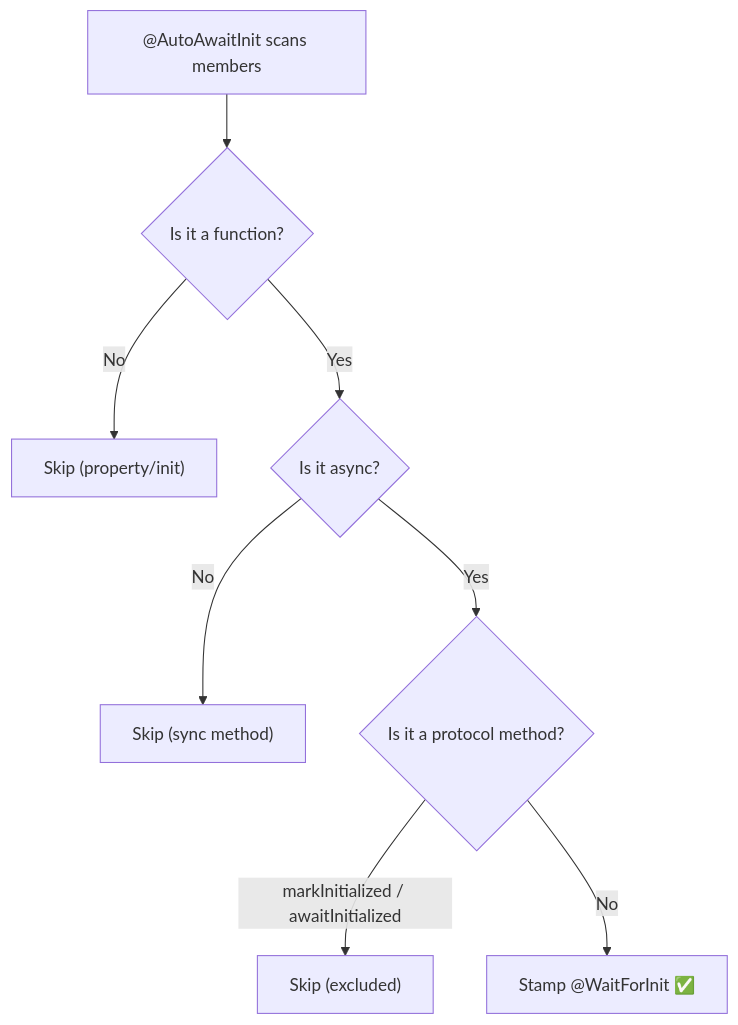
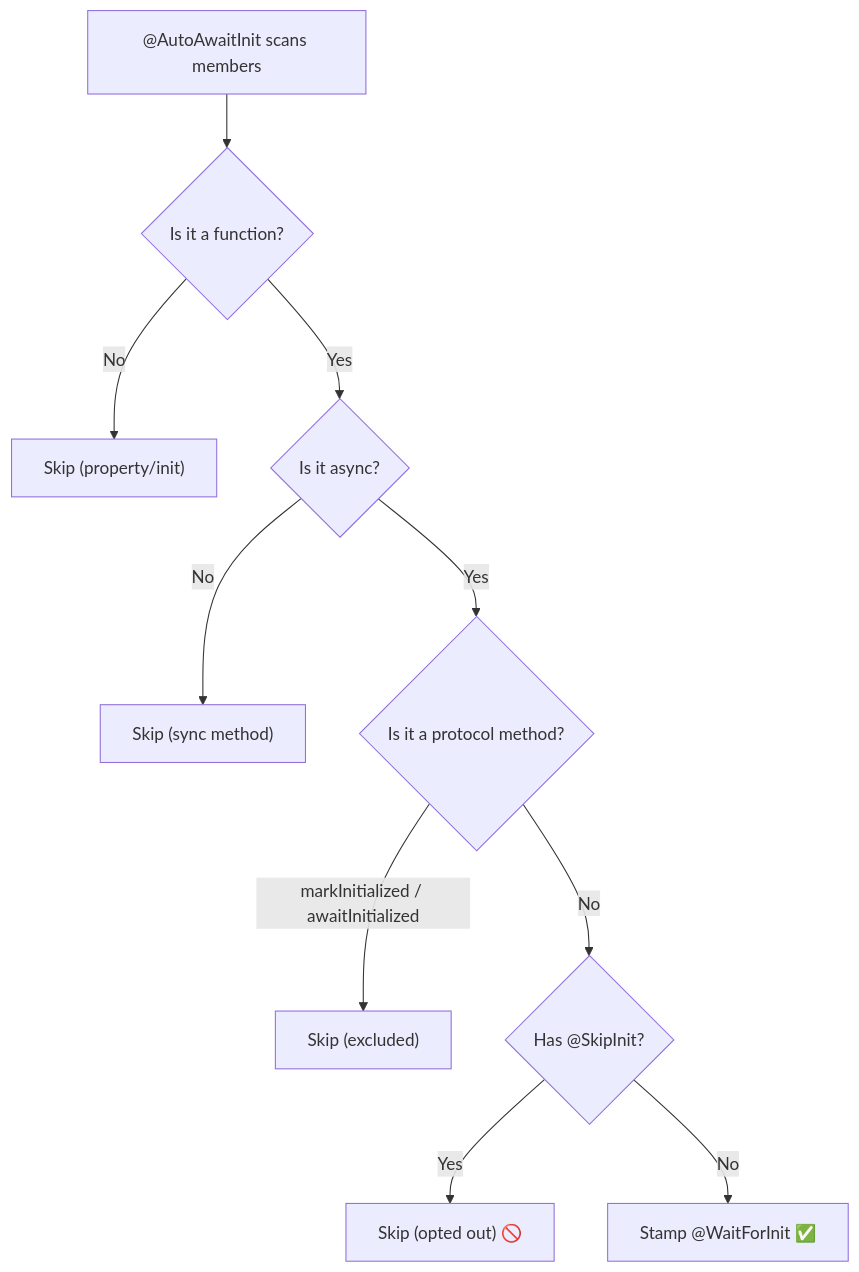
The second of 5 diagrams in README.md (k-arindam/Initializable), drawn with Mermaid before and after one commit. The commit also changed other lines of this file, not shown here.

````diff
--- a/README.md
+++ b/README.md
@@ -206,10 +208,12 @@
 ```mermaid
 flowchart TD
     A["@AutoAwaitInit scans members"] --> B{"Is it a function?"}
     B -->|No| C["Skip (property/init)"]
     B -->|Yes| D{"Is it async?"}
     D -->|No| E["Skip (sync method)"]
     D -->|Yes| F{"Is it a protocol method?"}
     F -->|"markInitialized / awaitInitialized"| G["Skip (excluded)"]
-    F -->|No| H["Stamp @WaitForInit ✅"]
+    F -->|No| I{"Has @SkipInit?"}
+    I -->|Yes| J["Skip (opted out) 🚫"]
+    I -->|No| H["Stamp @WaitForInit ✅"]
 ```
````
